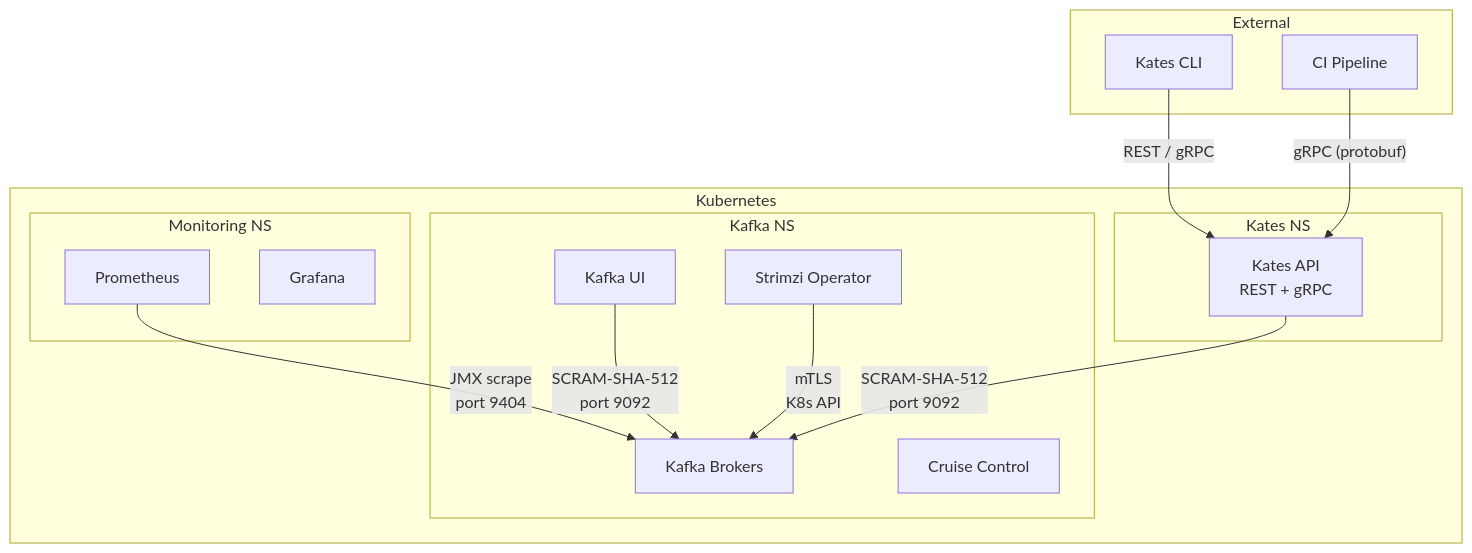
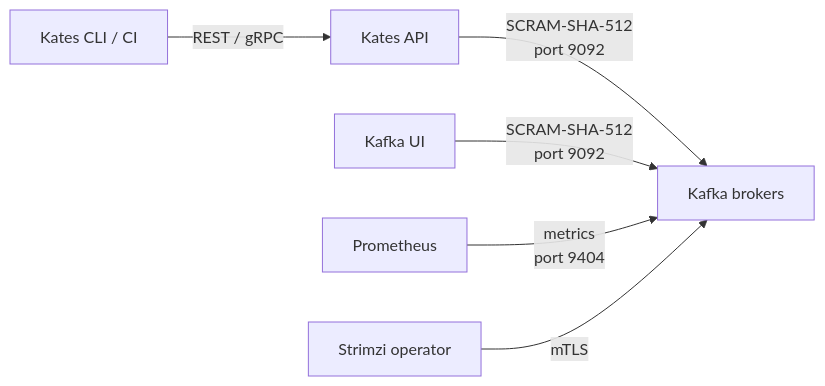
One commit to bmscomp/kates changed the first of 3 diagrams in docs/book/17-security.md. Above: the diagram before and after it, drawn with Mermaid. The commit also changed other lines of this file and 52 other files, not shown here.

````diff
--- a/docs/book/17-security.md
+++ b/docs/book/17-security.md
@@ -50,35 +26,11 @@
 ```mermaid
 %%| label: fig-sec-architecture-overview
-%%| fig-cap: "Authentication protocols and ports across external clients, the Kates API, Kafka brokers, and monitoring components."
-%%| fig-alt: "Architecture diagram showing External clients (Kates CLI via REST/gRPC and CI Pipeline via gRPC protobuf) calling the Kates API in the Kates namespace. Inside the Kubernetes cluster, the Kates API and Kafka UI connect to Kafka Brokers on port 9092 with SCRAM-SHA-512, Prometheus in the Monitoring namespace scrapes JMX on port 9404, and the Strimzi Operator manages the brokers over mTLS and the Kubernetes API."
-graph TB
-    subgraph External
-        CLI[Kates CLI]
-        CI[CI Pipeline]
-    end
-
-    subgraph Kubernetes
-        subgraph Kates NS
-            API[Kates API<br/>REST + gRPC]
-        end
-
-        subgraph Kafka NS
-            Brokers[Kafka Brokers]
-            UI[Kafka UI]
-            CC[Cruise Control]
-            Operator[Strimzi Operator]
-        end
-
-        subgraph Monitoring NS
-            Prom[Prometheus]
-            Graf[Grafana]
-        end
-    end
-
-    CLI -->|"REST / gRPC"| API
-    CI -->|"gRPC (protobuf)"| API
-    API -->|"SCRAM-SHA-512<br/>port 9092"| Brokers
-    UI -->|"SCRAM-SHA-512<br/>port 9092"| Brokers
-    Prom -->|"JMX scrape<br/>port 9404"| Brokers
-    Operator -->|"mTLS<br/>K8s API"| Brokers
+%%| fig-cap: "Only the operator's hop to the brokers is encrypted: the Kates API and Kafka UI authenticate with SCRAM on port 9092 without TLS."
+%%| fig-alt: "The Kates CLI and CI call the Kates API over REST and gRPC. The Kates API and Kafka UI connect to the Kafka brokers with SCRAM-SHA-512 on port 9092. Prometheus scrapes the brokers' metrics on port 9404, and the Strimzi operator manages the brokers over mTLS."
+graph LR
+    CLI["Kates CLI / CI"] -->|"REST / gRPC"| API["Kates API"]
+    API -->|"SCRAM-SHA-512<br/>port 9092"| Brokers["Kafka brokers"]
+    UI["Kafka UI"] -->|"SCRAM-SHA-512<br/>port 9092"| Brokers
+    Prom["Prometheus"] -->|"metrics<br/>port 9404"| Brokers
+    Operator["Strimzi operator"] -->|"mTLS"| Brokers
 ```
````
